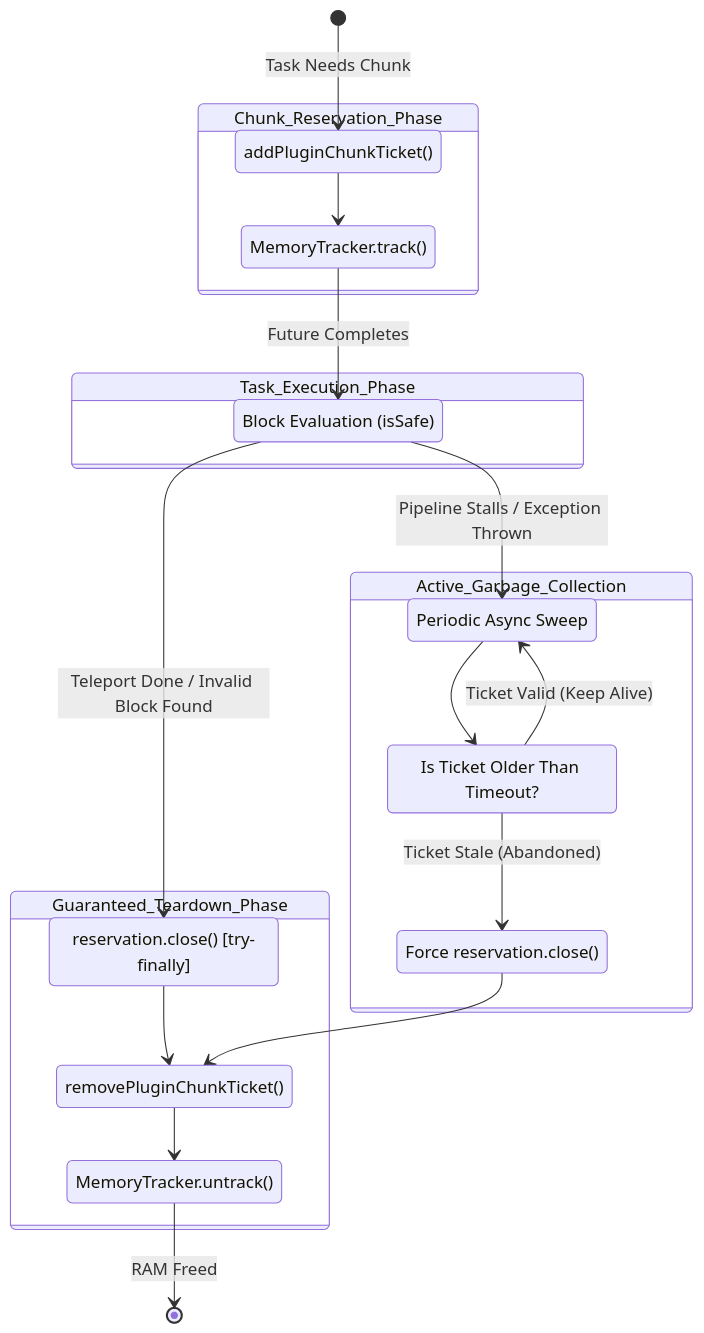
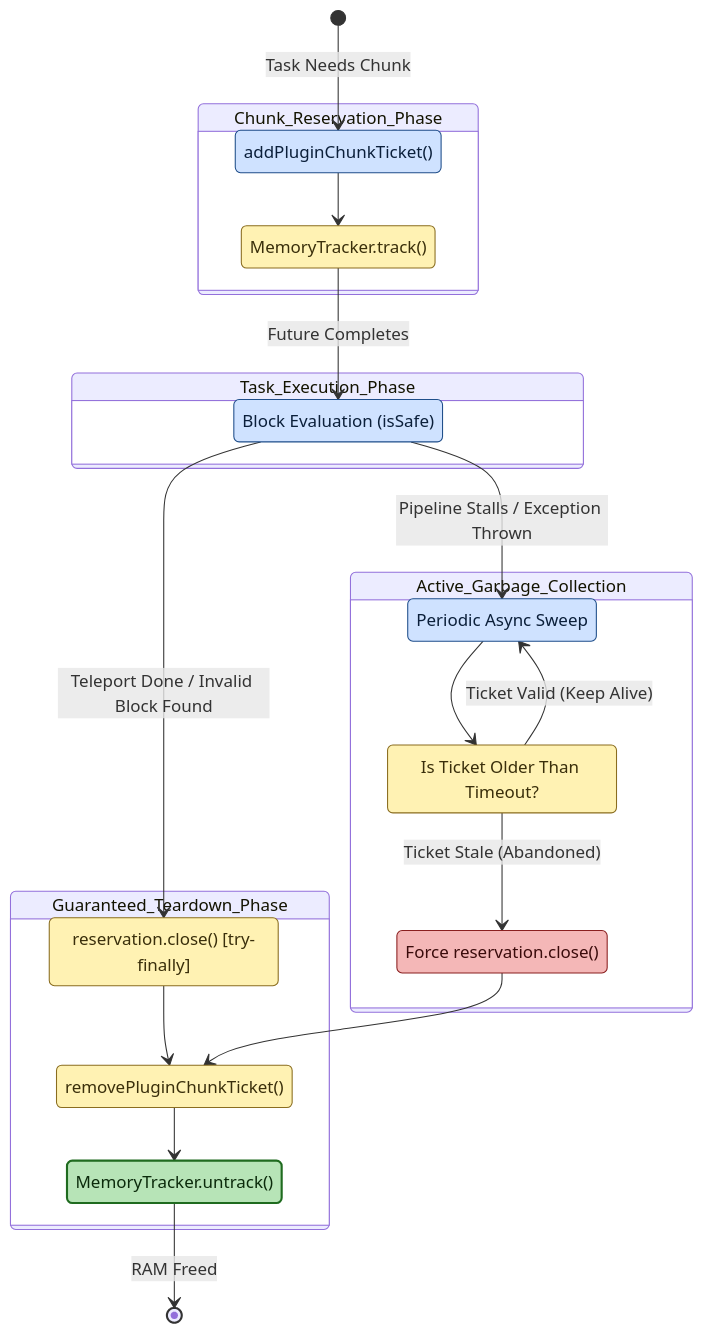
The diagram in docs/architecture/03-chunk-ticket-lifecycle.md (DailyStruggle/RTP), drawn with Mermaid before and after one commit. The commit also changed other lines of this file and 29 other files, not shown here.

````diff
--- a/docs/architecture/03-chunk-ticket-lifecycle.md
+++ b/docs/architecture/03-chunk-ticket-lifecycle.md
@@ -1,51 +10,61 @@
 ```mermaid
 stateDiagram-v2
     [*] --> ReqTicket : Task Needs Chunk
 
     %% 1. Chunk Loading Context
     state Chunk_Reservation_Phase {
         ReqTicket : addPluginChunkTicket()
         TrackRes : MemoryTracker.track()
     }
 
     %% 2. Execution Context
     state Task_Execution_Phase {
         EvalBlocks : Block Evaluation (isSafe)
     }
 
     %% 3. Safety Net Context (Background GC)
     state Active_Garbage_Collection {
         SweepTask : Periodic Async Sweep
         CheckStale : Is Ticket Older Than Timeout?
         ForceClose : Force reservation.close()
     }
 
     %% 4. Teardown Context
     state Guaranteed_Teardown_Phase {
         CloseRes : reservation.close() [try-finally]
         DropTicket : removePluginChunkTicket()
         UntrackRes : MemoryTracker.untrack()
     }
 
     %% Transitions
     ReqTicket --> TrackRes
     TrackRes --> EvalBlocks : Future Completes
 
     %% Success / Expected Failure Path
     EvalBlocks --> CloseRes : Teleport Done / Invalid Block Found
 
     %% Memory Leak / Stall Path
     EvalBlocks --> SweepTask : Pipeline Stalls / Exception Thrown
     
     %% GC Loop
     SweepTask --> CheckStale
     CheckStale --> SweepTask : Ticket Valid (Keep Alive)
     CheckStale --> ForceClose : Ticket Stale (Abandoned)
 
     %% Teardown Funnel
     CloseRes --> DropTicket
     ForceClose --> DropTicket
     DropTicket --> UntrackRes
 
     UntrackRes --> [*] : RAM Freed
+
+%% Color legend: green = RAM released (both normal + GC paths converge), red = leak-catch / forced close, blue = async work, yellow = MemoryTracker bookkeeping
+    classDef success fill:#b7e4b7,stroke:#1f6b1f,stroke-width:2px,color:#0b2a0b;
+    classDef fail    fill:#f4b7b7,stroke:#8a1f1f,color:#3a0b0b;
+    classDef async   fill:#cfe2ff,stroke:#1f4e8a,color:#0b1f3a;
+    classDef data    fill:#fff2b3,stroke:#8a6d1f,color:#3a2f0b;
+    class UntrackRes success
+    class ForceClose fail
+    class ReqTicket,EvalBlocks,SweepTask async
+    class TrackRes,CheckStale,CloseRes,DropTicket data
 ```
````
